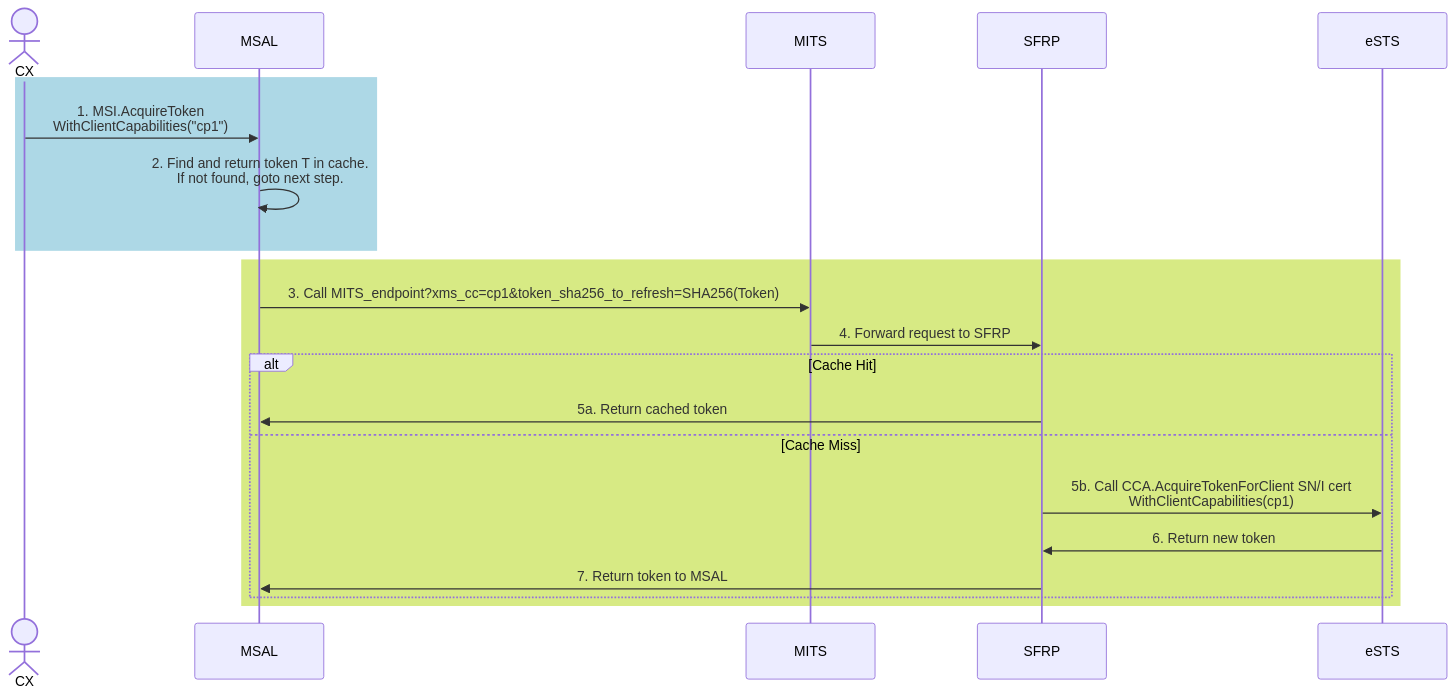
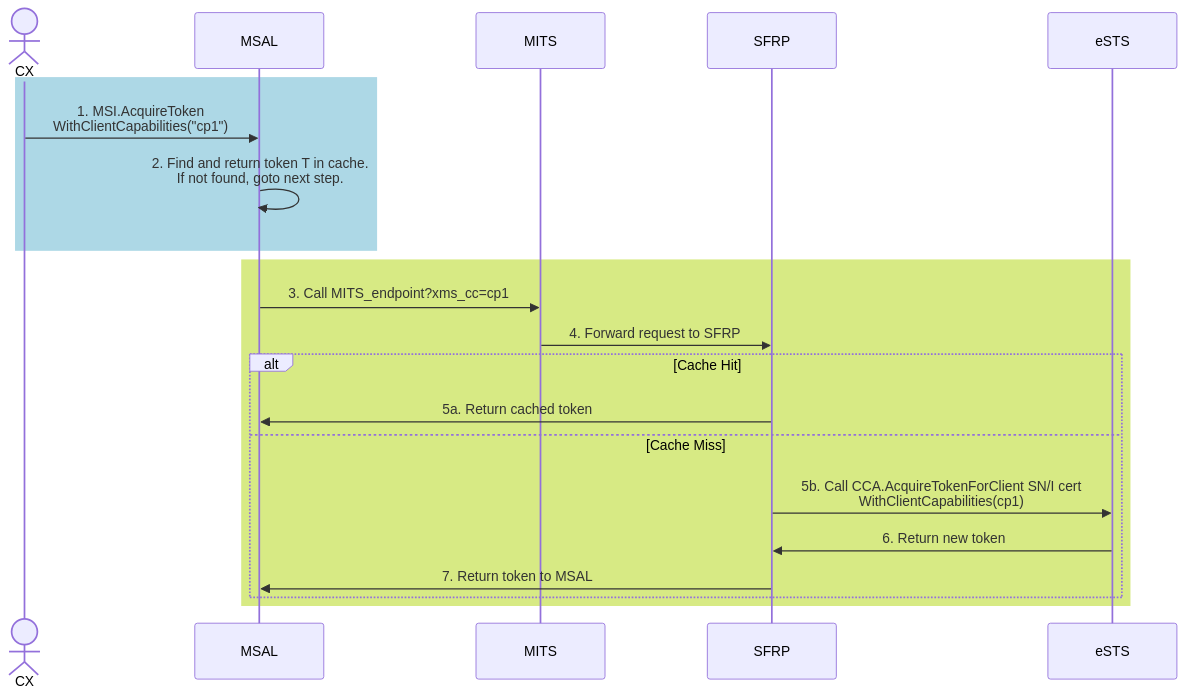
One commit to AzureAD/microsoft-authentication-library-for-dotnet changed the second of 2 diagrams in docs/msiv1_token_revocation.md. Above: the diagram before and after it, drawn with Mermaid. The commit also changed other lines of this file, not shown here.

Commit message:
Update token revocation documentation

````diff
--- a/docs/msiv1_token_revocation.md
+++ b/docs/msiv1_token_revocation.md
@@ -62,24 +62,24 @@
 ```mermaid
 sequenceDiagram
     actor CX
     participant MSAL
     participant MITS
     participant SFRP        
     participant eSTS
 
 rect rgb(173, 216, 230)   
     CX->>MSAL: 1. MSI.AcquireToken <br/> WithClientCapabilities("cp1")
     MSAL->>MSAL: 2. Find and return token T in cache. <br/>If not found, goto next step.
 end
 rect rgb(215, 234, 132)    
-    MSAL->>MITS: 3. Call MITS_endpoint?xms_cc=cp1&token_sha256_to_refresh=SHA256(Token)
+    MSAL->>MITS: 3. Call MITS_endpoint?xms_cc=cp1
     MITS->>SFRP: 4. Forward request to SFRP
     alt Cache Hit
         SFRP->>MSAL: 5a. Return cached token
     else Cache Miss
         SFRP->>eSTS: 5b. Call CCA.AcquireTokenForClient SN/I cert <br/> WithClientCapabilities(cp1)
         eSTS->>SFRP: 6. Return new token
         SFRP->>MSAL: 7. Return token to MSAL
     end
 end
 ```
````
